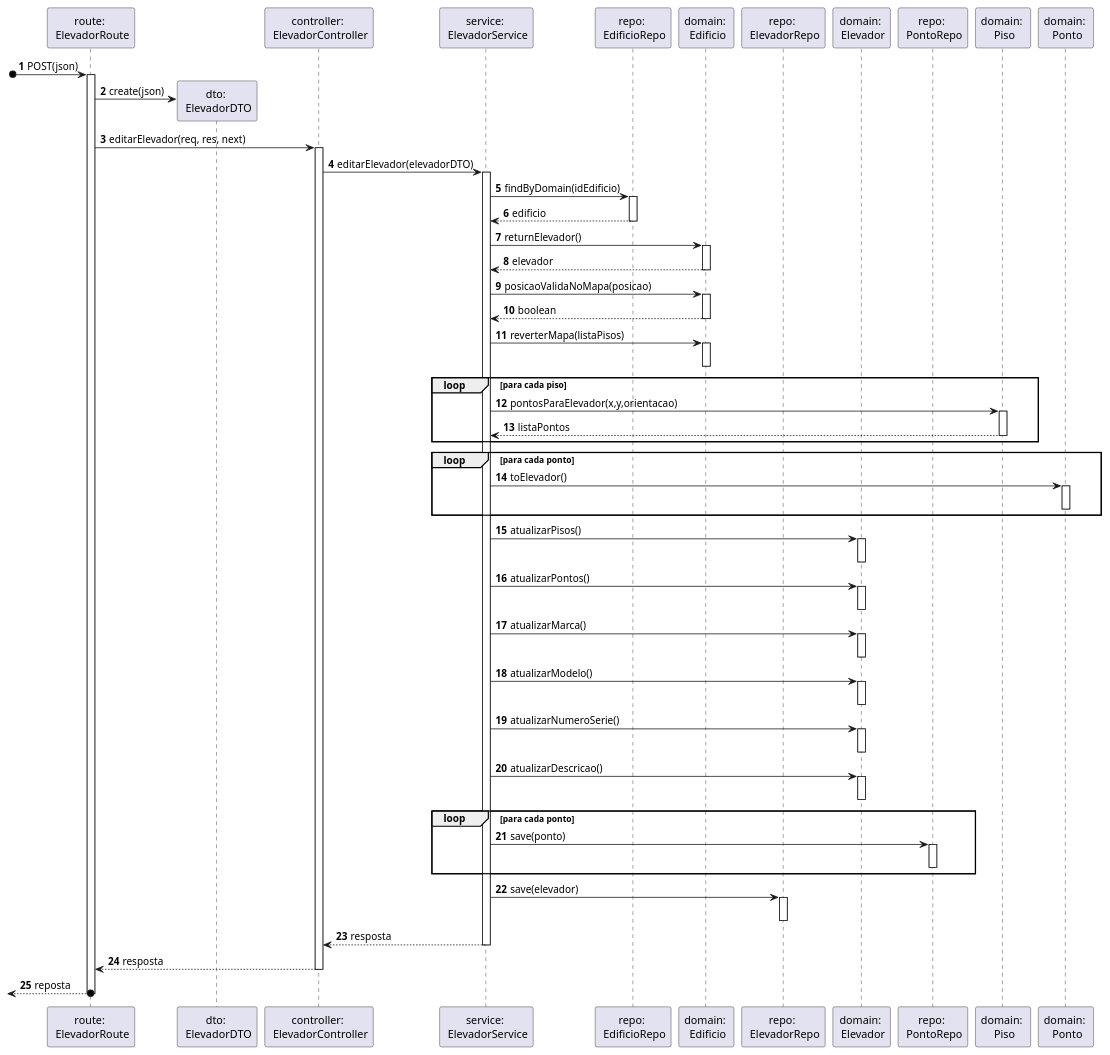
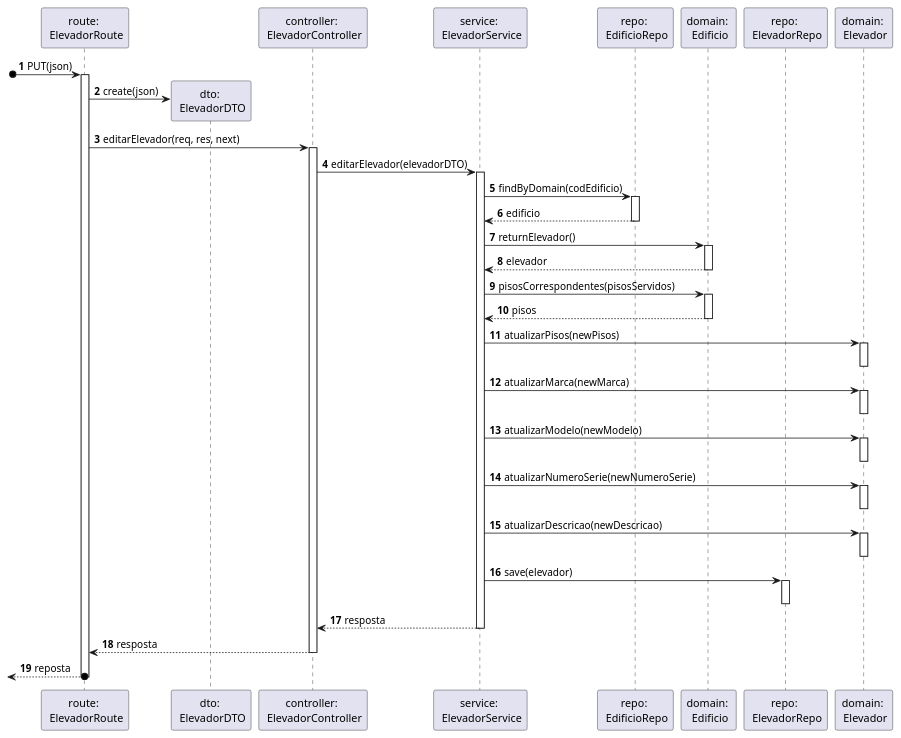
The diagram in docs/Sprint_A/US_280/N3/N3_VP.puml (SEM5PI2324G58/sem5pi_g58_23_24), drawn with PlantUML before and after one commit. The commit also changed 6 other files, not shown here.

Commit message:
[US280][Design] Atualização dos diagramas da VP e correção do .md

```diff
--- a/docs/Sprint_A/US_280/N3/N3_VP.puml
+++ b/docs/Sprint_A/US_280/N3/N3_VP.puml
@@ -1,87 +1,56 @@
 autonumber
 
 participant "route: \n ElevadorRoute" as route
 participant "dto: \n ElevadorDTO" as dto
 participant "controller: \n ElevadorController" as ctrl
 participant "service: \n ElevadorService" as service
 participant "repo: \n EdificioRepo" as edRepo
 participant "domain: \n Edificio" as edificio
 participant "repo: \n ElevadorRepo" as eleRepo
 participant "domain: \n Elevador" as elevador
-participant "repo: \n PontoRepo" as PontoRepo
-participant "domain: \n Piso" as Piso
-participant "domain: \n Ponto" as Ponto
 
-
-[o-> route: POST(json)
+[o-> route: PUT(json)
 activate route
 route -> dto ** : create(json)
 route -> ctrl: editarElevador(req, res, next)
 activate ctrl
 ctrl -> service: editarElevador(elevadorDTO) 
 activate service
-service -> edRepo: findByDomain(idEdificio)
+service -> edRepo: findByDomain(codEdificio)
 activate edRepo
 return edificio
 service -> edificio: returnElevador()
 activate edificio
 return elevador
 
-service -> edificio : posicaoValidaNoMapa(posicao)
+service -> edificio : pisosCorrespondentes(pisosServidos)
 activate edificio
-return boolean
+return pisos
 
-service -> edificio: reverterMapa(listaPisos)
-activate edificio
-deactivate edificio
-
-loop para cada piso
-service -> Piso : pontosParaElevador(x,y,orientacao)
-activate Piso
-return listaPontos
-end loop
-
-loop para cada ponto
-service -> Ponto : toElevador()
-activate Ponto
-deactivate Ponto
-
-end loop 
-
-service -> elevador: atualizarPisos()
+service -> elevador: atualizarPisos(newPisos)
 activate elevador
 deactivate elevador
 
-service -> elevador: atualizarPontos()
+service -> elevador: atualizarMarca(newMarca)
 activate elevador
 deactivate elevador
 
-service -> elevador: atualizarMarca()
+service -> elevador: atualizarModelo(newModelo)
 activate elevador
 deactivate elevador
 
-service -> elevador: atualizarModelo()
+service -> elevador: atualizarNumeroSerie(newNumeroSerie)
 activate elevador
 deactivate elevador
 
-service -> elevador: atualizarNumeroSerie()
+service -> elevador: atualizarDescricao(newDescricao)
 activate elevador
 deactivate elevador
-
-service -> elevador: atualizarDescricao()
-activate elevador
-deactivate elevador
-
-loop para cada ponto
-service -> PontoRepo : save(ponto)
-activate PontoRepo
-deactivate PontoRepo
-end loop 
 
 service -> eleRepo: save(elevador)
 activate eleRepo
 deactivate eleRepo
 
 return resposta
 return resposta
 return reposta
```
